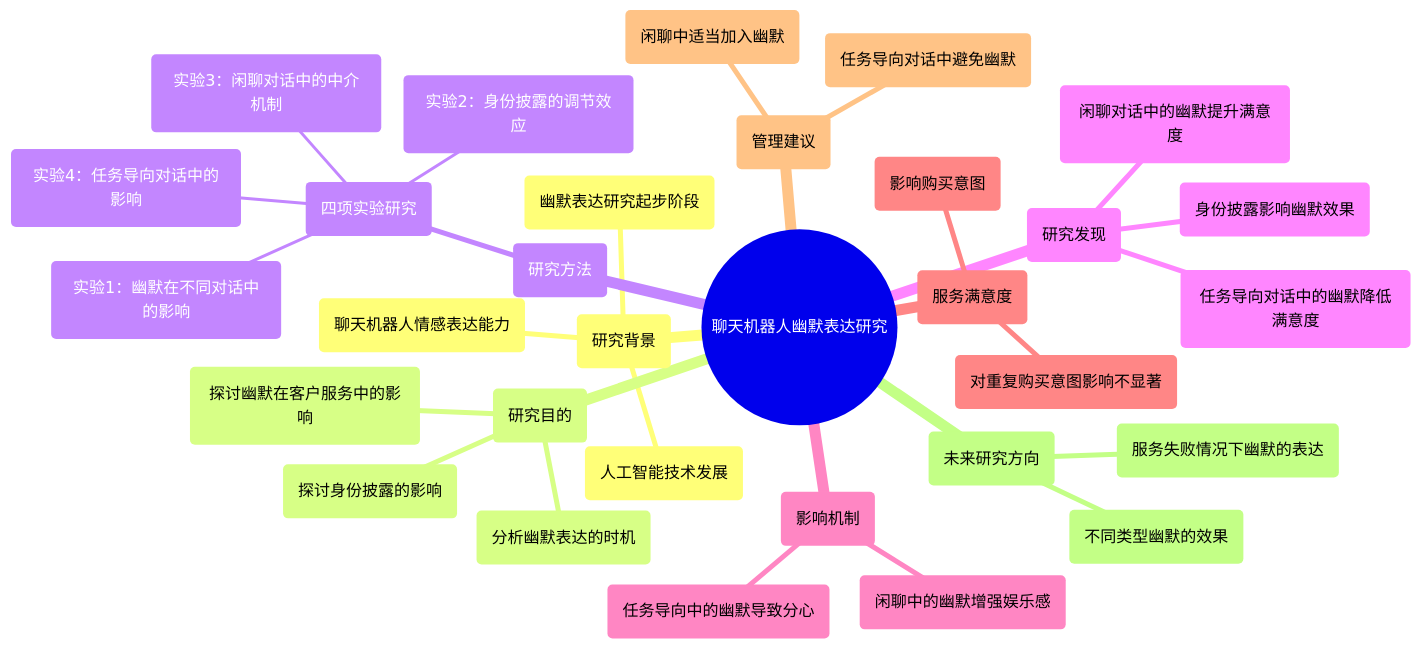
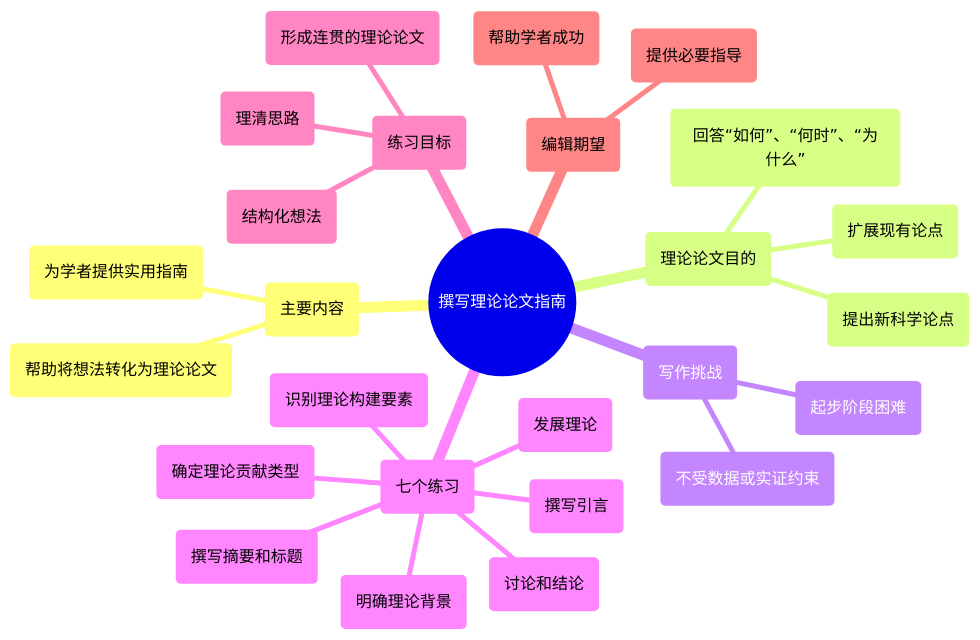
One commit to Fabreque/charles changed the fifth of 16 diagrams in 其他.md. Above: the diagram before and after it, drawn with Mermaid. The commit also changed other lines of this file and 3 other files, not shown here.

````diff
--- a/其他.md
+++ b/其他.md
@@ -138,34 +256,29 @@
 ```mermaid
 mindmap
-  root((聊天机器人幽默表达研究))
-    ("研究背景")
-      ("人工智能技术发展")
-      ("聊天机器人情感表达能力")
-      ("幽默表达研究起步阶段")
-    ("研究目的")
-      ("探讨幽默在客户服务中的影响")
-      ("分析幽默表达的时机")
-      ("探讨身份披露的影响")
-    ("研究方法")
-      ("四项实验研究")
-        ("实验1：幽默在不同对话中的影响")
-        ("实验2：身份披露的调节效应")
-        ("实验3：闲聊对话中的中介机制")
-        ("实验4：任务导向对话中的影响")
-    ("研究发现")
-      ("闲聊对话中的幽默提升满意度")
-      ("任务导向对话中的幽默降低满意度")
-      ("身份披露影响幽默效果")
-    ("影响机制")
-      ("闲聊中的幽默增强娱乐感")
-      ("任务导向中的幽默导致分心")
-    ("服务满意度")
-      ("影响购买意图")
-      ("对重复购买意图影响不显著")
-    ("管理建议")
-      ("闲聊中适当加入幽默")
-      ("任务导向对话中避免幽默")
-    ("未来研究方向")
-      ("不同类型幽默的效果")
-      ("服务失败情况下幽默的表达")
+  root((撰写理论论文指南))
+    ("主要内容")
+      ("为学者提供实用指南")
+      ("帮助将想法转化为理论论文")
+    ("理论论文目的")
+      ("提出新科学论点")
+      ("扩展现有论点")
+      ("回答“如何”、“何时”、“为什么”")
+    ("写作挑战")
+      ("起步阶段困难")
+      ("不受数据或实证约束")
+    ("七个练习")
+      ("确定理论贡献类型")
+      ("识别理论构建要素")
+      ("明确理论背景")
+      ("发展理论")
+      ("撰写引言")
+      ("讨论和结论")
+      ("撰写摘要和标题")
+    ("练习目标")
+      ("理清思路")
+      ("结构化想法")
+      ("形成连贯的理论论文")
+    ("编辑期望")
+      ("提供必要指导")
+      ("帮助学者成功")
 ```
````
